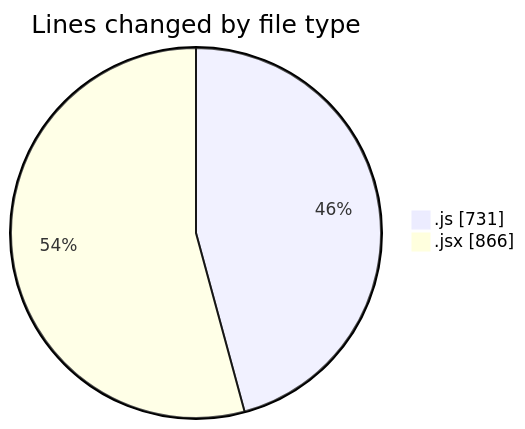
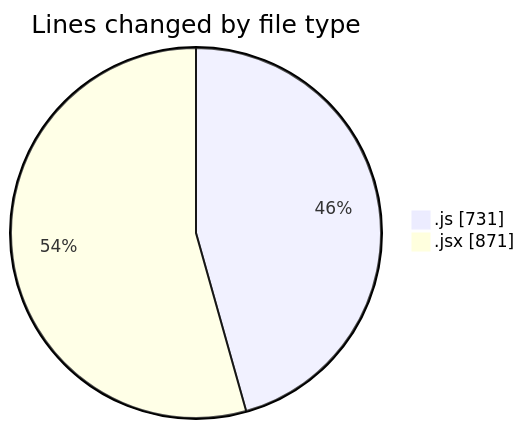
The first of 2 diagrams in 2025-08-29/nxtqube_webapp/README.md (nxtqubesakshisongat/code-tracking), drawn with Mermaid before and after one commit. The commit also changed other lines of this file and 1 other file, not shown here.

````diff
--- a/2025-08-29/nxtqube_webapp/README.md
+++ b/2025-08-29/nxtqube_webapp/README.md
@@ -22,6 +22,6 @@
 ```mermaid
 pie showData
 title Lines changed by file type
 ".js" : 731
-".jsx" : 866
+".jsx" : 871
 ```
````
